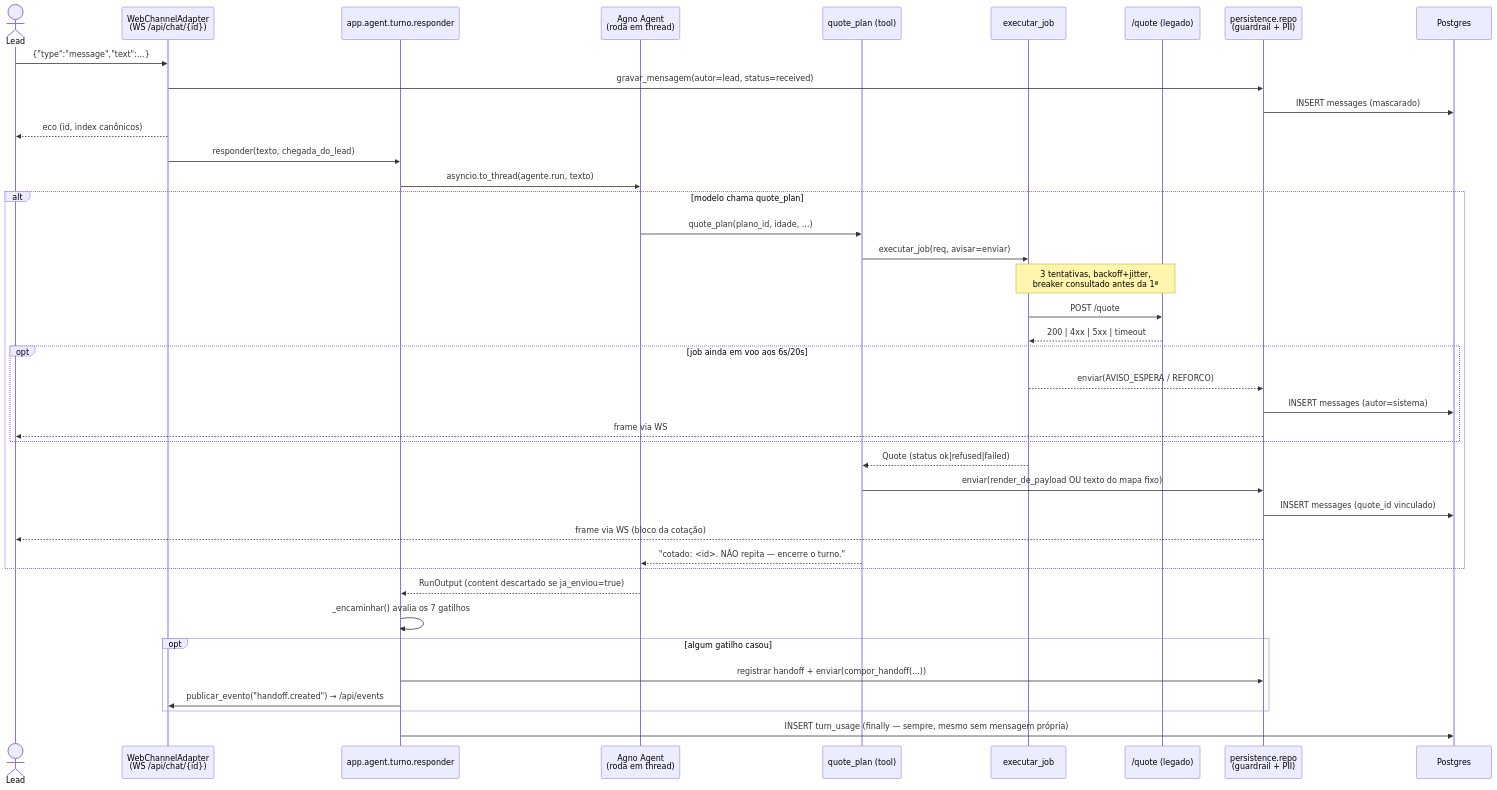
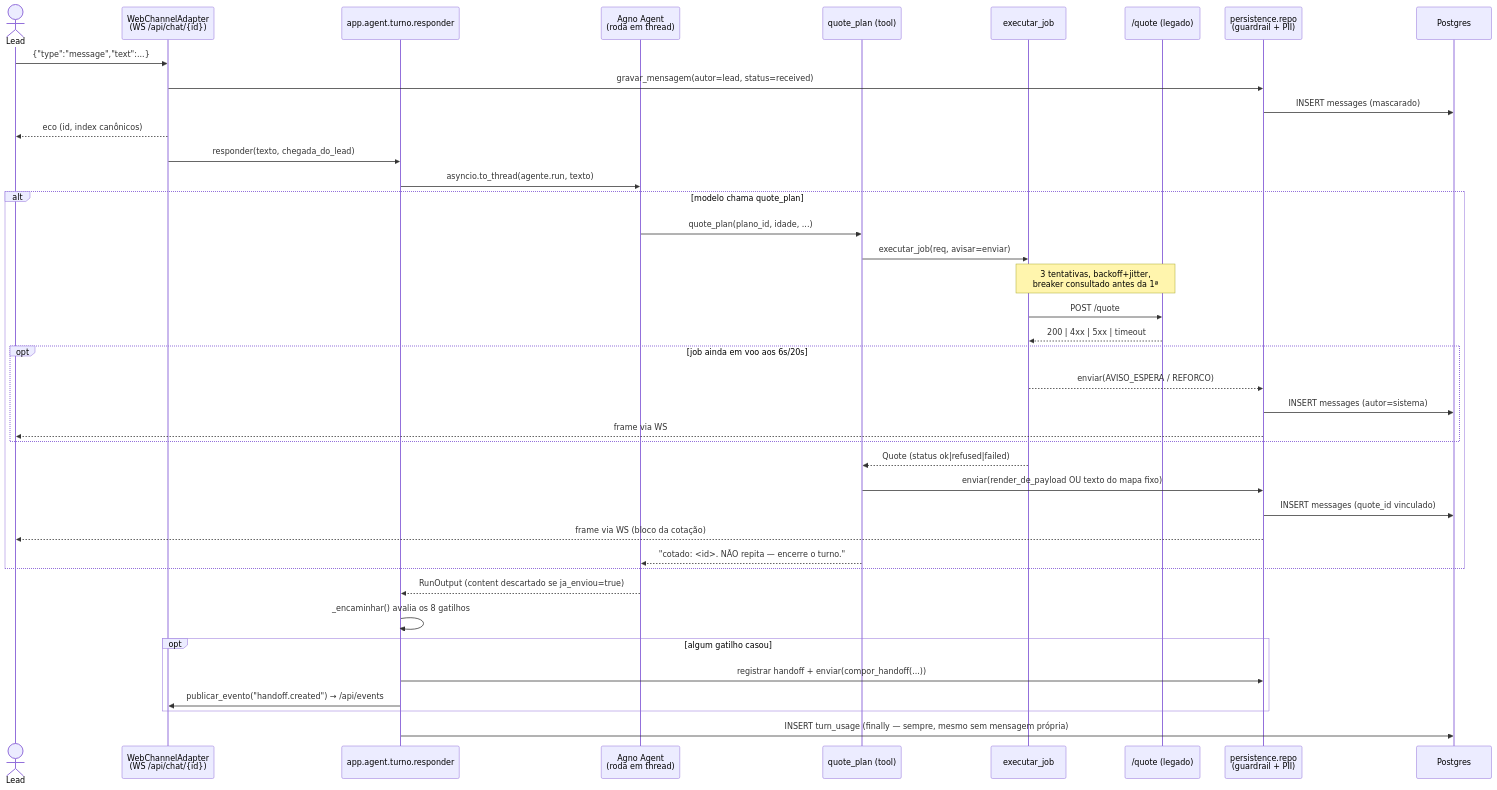
One commit to MateusNavarroR/mateus-fde-challenge changed the first of 5 diagrams in docs/ARQUITETURA.md. Above: the diagram before and after it, drawn with Mermaid. The commit also changed other lines of this file and 30 other files, not shown here.

````diff
--- a/docs/ARQUITETURA.md
+++ b/docs/ARQUITETURA.md
@@ -99,45 +100,45 @@
 ```mermaid
 sequenceDiagram
     actor Lead
     participant WS as WebChannelAdapter<br/>(WS /api/chat/{id})
     participant Turno as app.agent.turno.responder
     participant Agente as Agno Agent<br/>(roda em thread)
     participant Tool as quote_plan (tool)
     participant Job as executar_job
     participant API as /quote (legado)
     participant Repo as persistence.repo<br/>(guardrail + PII)
     participant DB as Postgres
 
     Lead->>WS: {"type":"message","text":...}
     WS->>Repo: gravar_mensagem(autor=lead, status=received)
     Repo->>DB: INSERT messages (mascarado)
     WS-->>Lead: eco (id, index canônicos)
     WS->>Turno: responder(texto, chegada_do_lead)
     Turno->>Agente: asyncio.to_thread(agente.run, texto)
 
     alt modelo chama quote_plan
         Agente->>Tool: quote_plan(plano_id, idade, ...)
         Tool->>Job: executar_job(req, avisar=enviar)
         Note over Job,API: 3 tentativas, backoff+jitter,<br/>breaker consultado antes da 1ª
         Job->>API: POST /quote
         API-->>Job: 200 | 4xx | 5xx | timeout
         opt job ainda em voo aos 6s/20s
             Job-->>Repo: enviar(AVISO_ESPERA / REFORCO)
             Repo->>DB: INSERT messages (autor=sistema)
             Repo-->>Lead: frame via WS
         end
         Job-->>Tool: Quote (status ok|refused|failed)
         Tool->>Repo: enviar(render_de_payload OU texto do mapa fixo)
         Repo->>DB: INSERT messages (quote_id vinculado)
         Repo-->>Lead: frame via WS (bloco da cotação)
         Tool-->>Agente: "cotado: <id>. NÃO repita — encerre o turno."
     end
 
     Agente-->>Turno: RunOutput (content descartado se ja_enviou=true)
-    Turno->>Turno: _encaminhar() avalia os 7 gatilhos
+    Turno->>Turno: _encaminhar() avalia os 8 gatilhos
     opt algum gatilho casou
         Turno->>Repo: registrar handoff + enviar(compor_handoff(...))
         Turno->>WS: publicar_evento("handoff.created") → /api/events
     end
     Turno->>DB: INSERT turn_usage (finally — sempre, mesmo sem mensagem própria)
 ```
````
